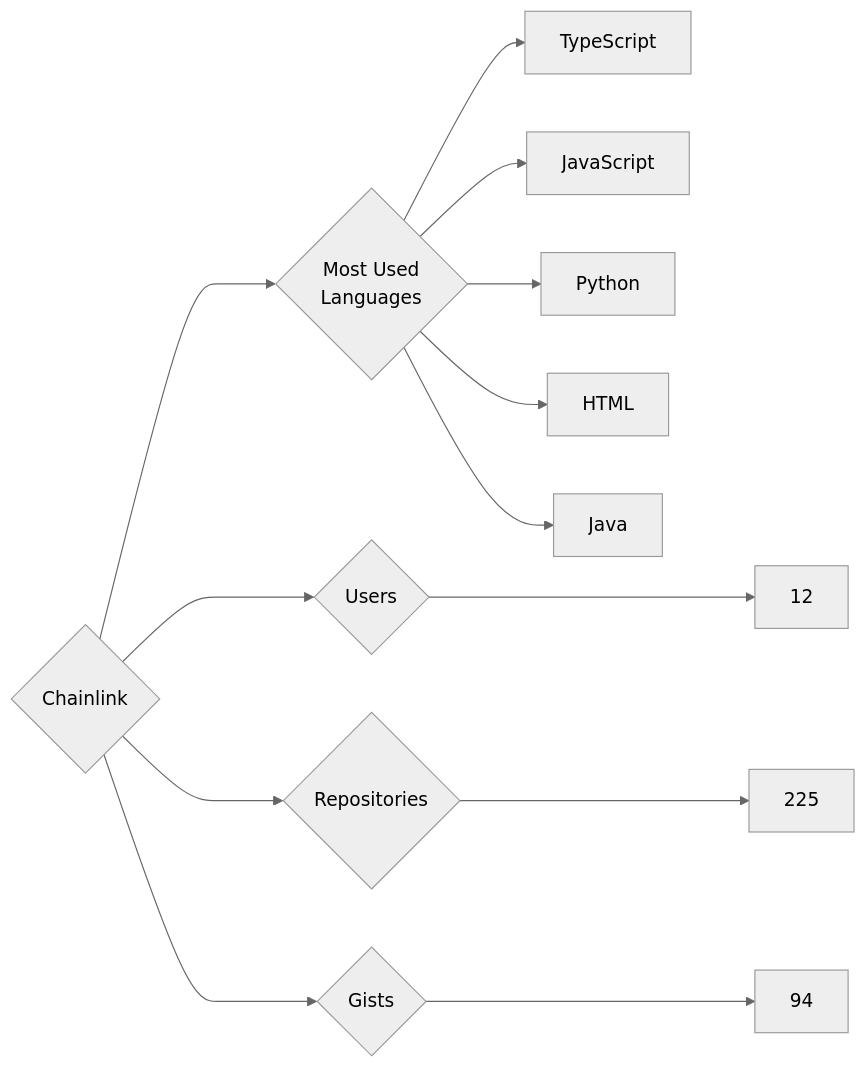
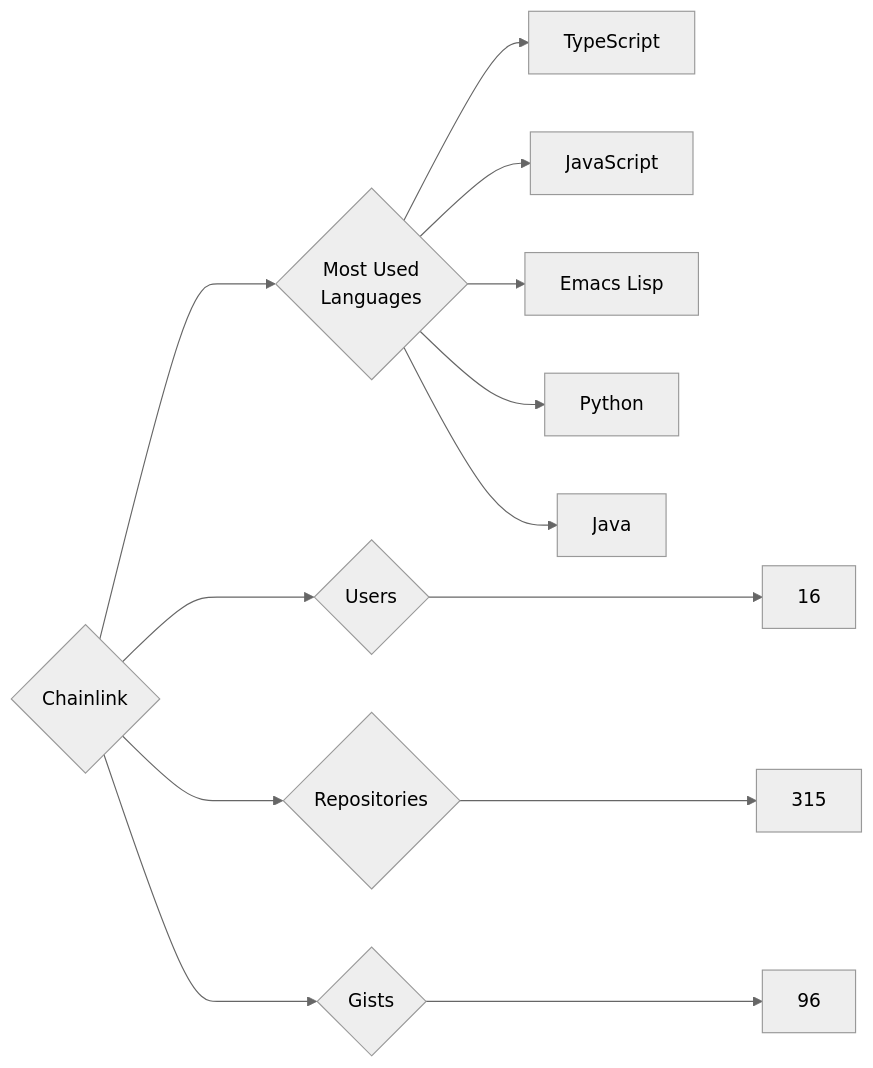
Before and after one commit to trickest/insiders: the diagram in targets/Chainlink/README.md, drawn with Mermaid (neutral theme). The commit also changed 1238 other files, not shown here.

````diff
--- a/targets/Chainlink/README.md
+++ b/targets/Chainlink/README.md
@@ -3,13 +3,13 @@
 ```mermaid
 graph LR
 COMPANY_NAME{Chainlink}
-COMPANY_NAME ---> U{Users} ---> UN[12]
-COMPANY_NAME ---> R{Repositories} ---> RN[225]
-COMPANY_NAME ---> G{Gists} ---> GN[94]
+COMPANY_NAME ---> U{Users} ---> UN[16]
+COMPANY_NAME ---> R{Repositories} ---> RN[315]
+COMPANY_NAME ---> G{Gists} ---> GN[96]
 COMPANY_NAME ---> ML{Most Used<br>Languages}
 ML --> TypeScript[TypeScript]
 ML --> JavaScript[JavaScript]
+ML --> Emacs_Lisp[Emacs Lisp]
 ML --> Python[Python]
-ML --> HTML[HTML]
 ML --> Java[Java]
 ```
````
